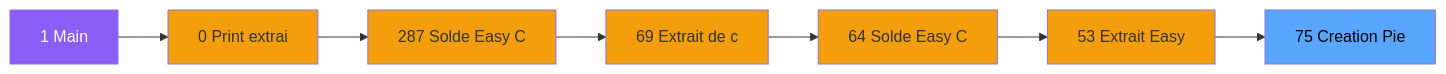
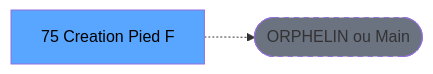
One commit to thonyAGP/lecteur-magic changed the second of 3 diagrams in .openspec/renders/ADH-IDE-75.md. Above: the diagram before and after it, drawn with Mermaid. The commit also changed other lines of this file and 701 other files, not shown here.

````diff
--- a/.openspec/renders/ADH-IDE-75.md
+++ b/.openspec/renders/ADH-IDE-75.md
@@ -116,23 +117,8 @@
 ```mermaid
 graph LR
-    M[1 Main]
-    N0[0 Print extrai]
-    N287[287 Solde Easy C]
-    N69[69 Extrait de c]
-    N64[64 Solde Easy C]
-    N53[53 Extrait Easy]
-    T[75 Creation Pie]
-    M --> N0
-    N0 --> N287
-    N287 --> N69
-    N69 --> N64
-    N64 --> N53
-    N53 --> T
-    style M fill:#8b5cf6,color:#fff
-    style N0 fill:#f59e0b
-    style N287 fill:#f59e0b
-    style N69 fill:#f59e0b
-    style N64 fill:#f59e0b
-    style N53 fill:#f59e0b
+    T[75 Creation Pied F]
+    ORPHAN([ORPHELIN ou Main])
+    T -.-> ORPHAN
     style T fill:#58a6ff,color:#000
+    style ORPHAN fill:#6b7280,stroke-dasharray: 5 5
 ```
````
